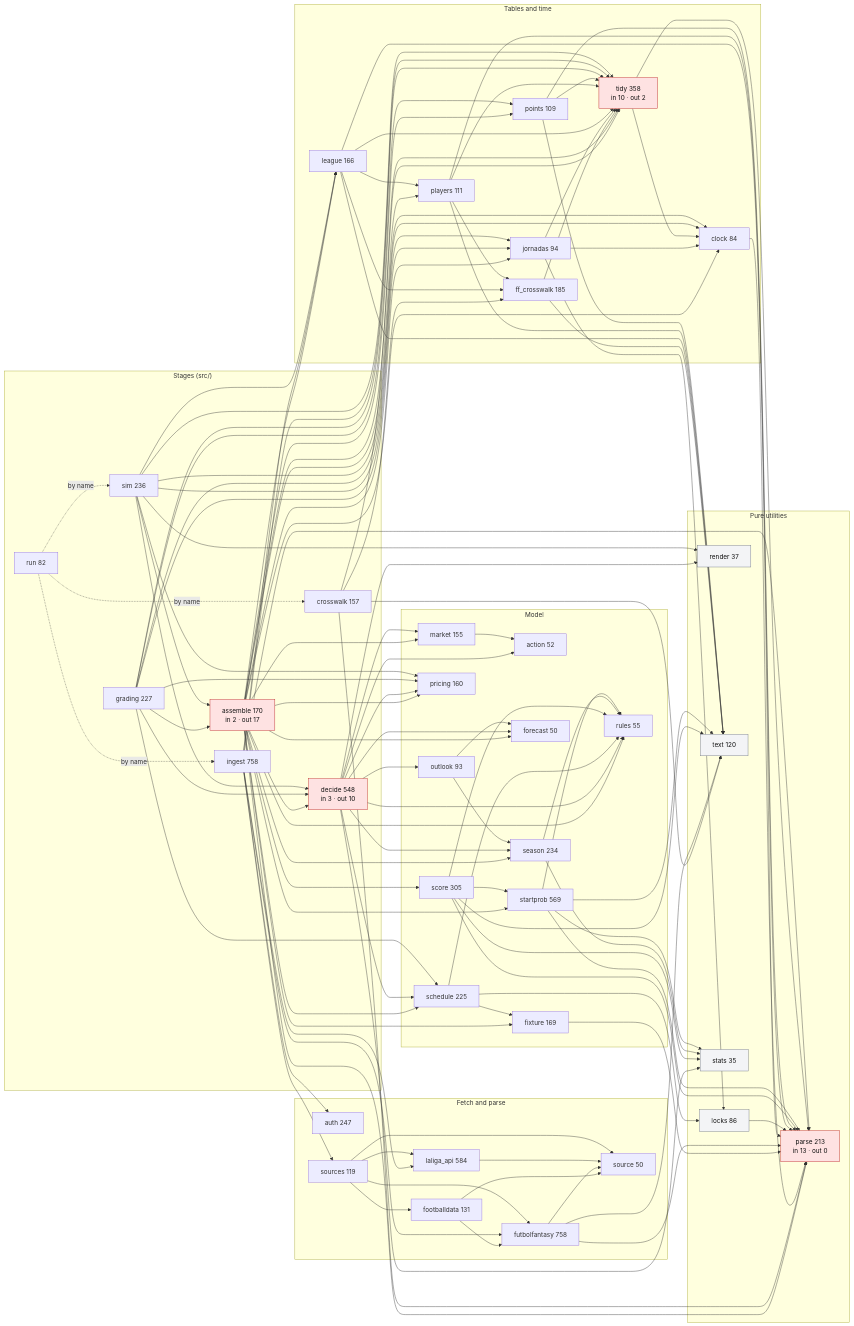
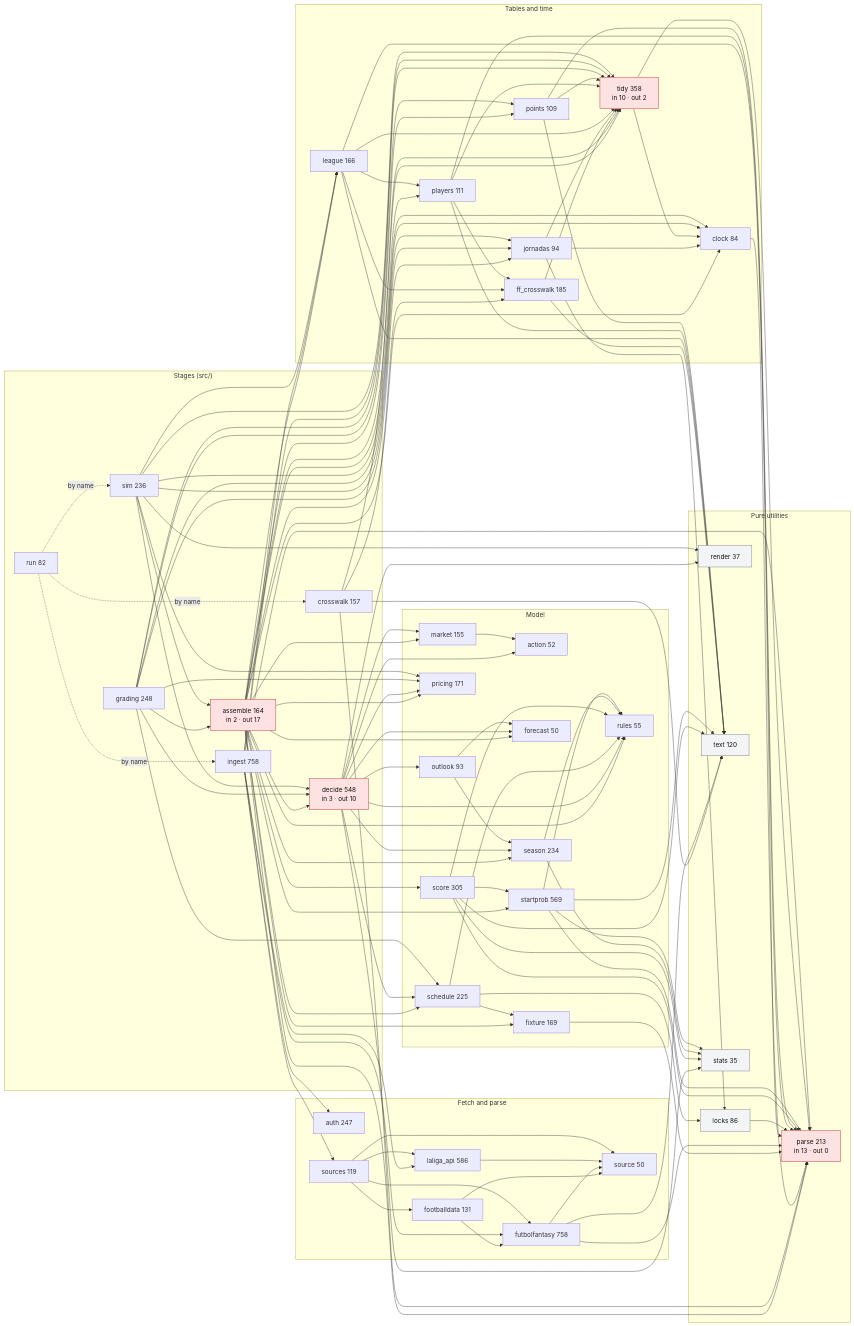
One commit to OrsM/liga_five_guys changed the diagram in docs/modules.mmd. Above: the diagram before and after it, drawn with Mermaid. The commit also changed 7 other files, not shown here.

```diff
--- a/docs/modules.mmd
+++ b/docs/modules.mmd
@@ -1,155 +1,155 @@
 flowchart LR
     classDef hub fill:#fee2e2,stroke:#b91c1c,color:#111
     classDef leaf fill:#f3f4f6,stroke:#6b7280,color:#111
     subgraph stages["Stages (src/)"]
-        assemble["assemble 170<br/>in 2 · out 17"]:::hub
+        assemble["assemble 164<br/>in 2 · out 17"]:::hub
         crosswalk["crosswalk 157"]
         decide["decide 548<br/>in 3 · out 10"]:::hub
-        grading["grading 227"]
+        grading["grading 248"]
         ingest["ingest 758"]
         run["run 82"]
         sim["sim 236"]
     end
     subgraph fetch["Fetch and parse"]
         auth["auth 247"]
         footballdata["footballdata 131"]
         futbolfantasy["futbolfantasy 758"]
-        laliga_api["laliga_api 584"]
+        laliga_api["laliga_api 586"]
         source["source 50"]
         sources["sources 119"]
     end
     subgraph data["Tables and time"]
         clock["clock 84"]
         ff_crosswalk["ff_crosswalk 185"]
         jornadas["jornadas 94"]
         league["league 166"]
         players["players 111"]
         points["points 109"]
         tidy["tidy 358<br/>in 10 · out 2"]:::hub
     end
     subgraph model["Model"]
         action["action 52"]
         fixture["fixture 169"]
         forecast["forecast 50"]
         market["market 155"]
         outlook["outlook 93"]
-        pricing["pricing 160"]
+        pricing["pricing 171"]
         rules["rules 55"]
         schedule["schedule 225"]
         score["score 305"]
         season["season 234"]
         startprob["startprob 569"]
     end
     subgraph util["Pure utilities"]
         locks["locks 86"]:::leaf
         parse["parse 213<br/>in 13 · out 0"]:::hub
         render["render 37"]:::leaf
         text["text 120"]:::leaf
         stats["stats 35"]:::leaf
     end
     run -. "by name" .-> ingest
     run -. "by name" .-> crosswalk
     run -. "by name" .-> sim
     assemble --> decide
     assemble --> clock
     assemble --> fixture
     assemble --> forecast
     assemble --> jornadas
     assemble --> league
     assemble --> market
     assemble --> parse
     assemble --> players
     assemble --> points
     assemble --> pricing
     assemble --> rules
     assemble --> schedule
     assemble --> score
     assemble --> season
     assemble --> startprob
     assemble --> tidy
     crosswalk --> ff_crosswalk
     crosswalk --> parse
     crosswalk --> text
     crosswalk --> tidy
     decide --> action
     decide --> forecast
     decide --> market
     decide --> outlook
     decide --> pricing
     decide --> render
     decide --> rules
     decide --> schedule
     decide --> season
     decide --> stats
     clock --> parse
     ff_crosswalk --> text
     ff_crosswalk --> tidy
     fixture --> parse
     footballdata --> futbolfantasy
     footballdata --> source
     futbolfantasy --> parse
     futbolfantasy --> source
     futbolfantasy --> text
     jornadas --> clock
     jornadas --> locks
     jornadas --> tidy
     laliga_api --> source
     league --> ff_crosswalk
     league --> parse
     league --> players
     league --> text
     league --> tidy
     locks --> parse
     market --> action
     outlook --> forecast
     outlook --> season
     players --> ff_crosswalk
     players --> parse
     players --> text
     players --> tidy
     points --> parse
     points --> text
     points --> tidy
     schedule --> fixture
     schedule --> locks
     schedule --> rules
     score --> parse
     score --> rules
     score --> startprob
     score --> text
     score --> stats
     season --> rules
     season --> stats
     startprob --> parse
     startprob --> rules
     startprob --> text
     startprob --> stats
     tidy --> clock
     tidy --> parse
     grading --> assemble
     grading --> decide
     grading --> clock
     grading --> jornadas
     grading --> points
     grading --> pricing
     grading --> schedule
     grading --> tidy
     ingest --> auth
     ingest --> futbolfantasy
     ingest --> laliga_api
     ingest --> league
     ingest --> parse
     ingest --> tidy
     ingest --> sources
     sim --> assemble
     sim --> decide
     sim --> clock
     sim --> jornadas
     sim --> league
     sim --> pricing
     sim --> render
     sim --> tidy
     sources --> footballdata
     sources --> futbolfantasy
     sources --> laliga_api
     sources --> source
```
